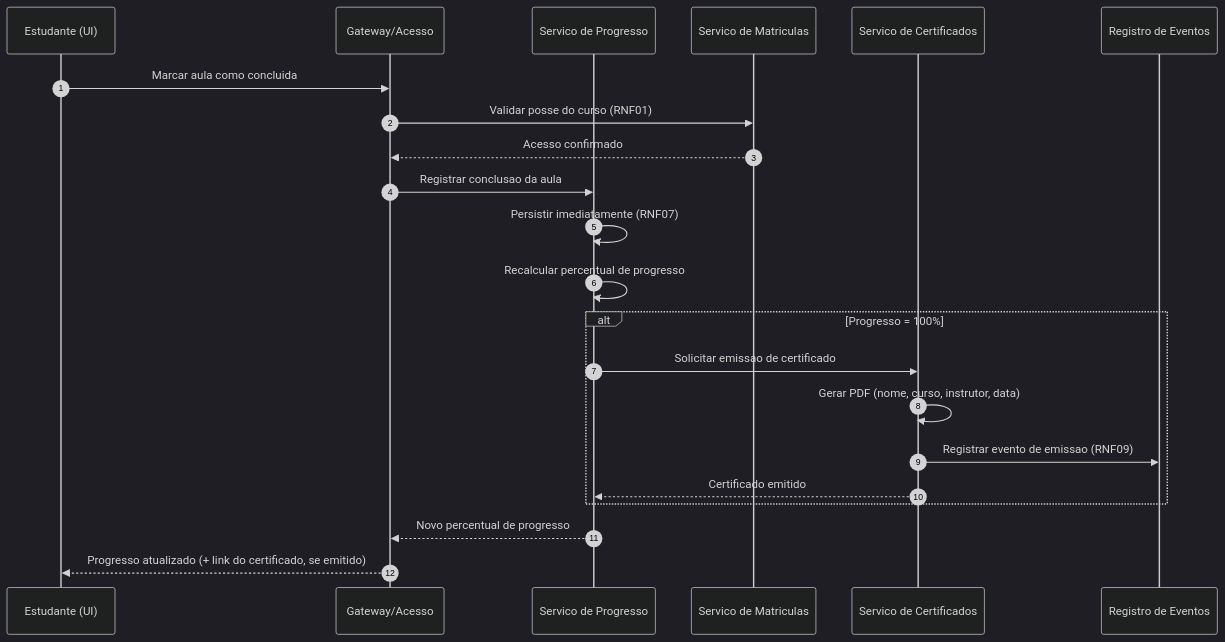
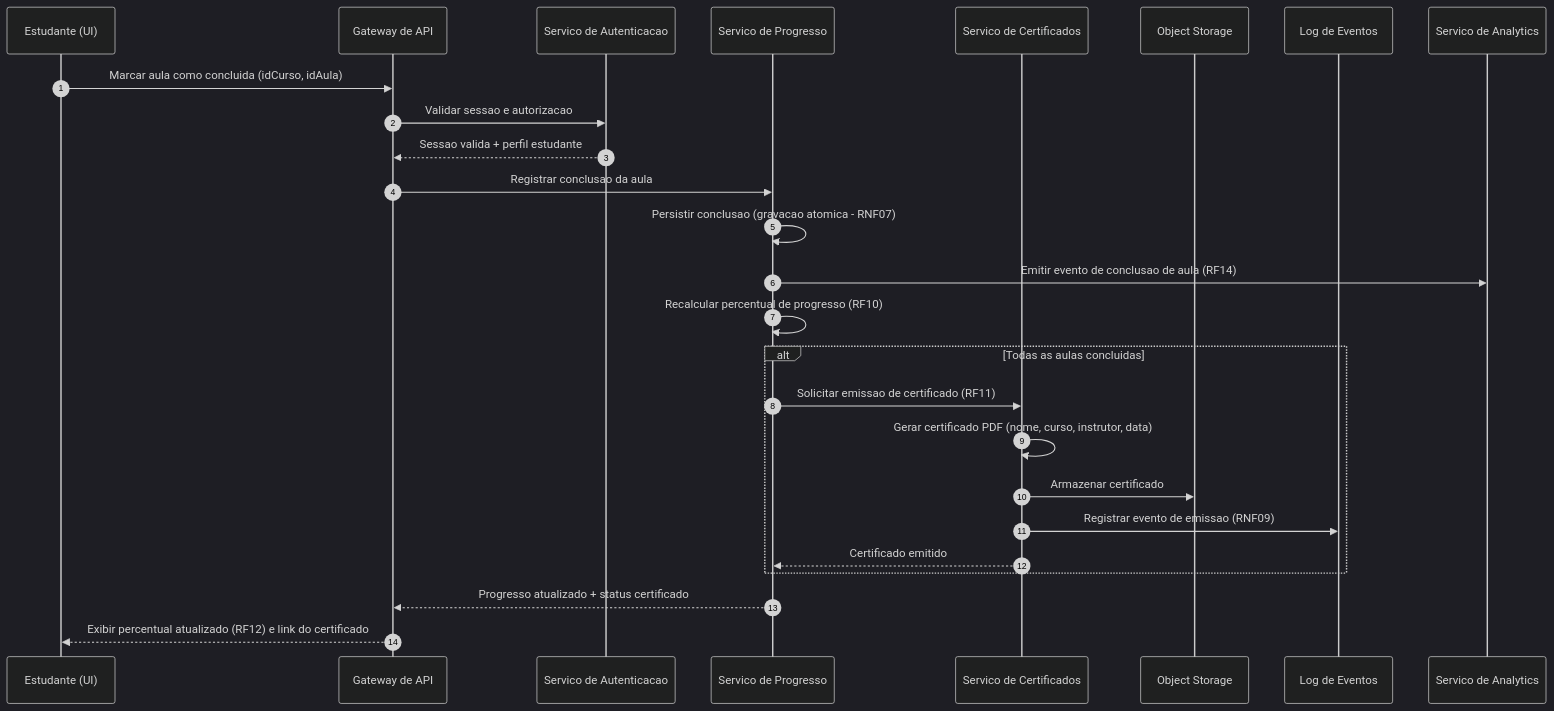
The second of 3 diagrams in docs/Time_2_Design/analise-qualitativa/outputs/relatorio_claude_fable_5_M01.md (PDC-ESIA/AI4ES), drawn with Mermaid (dark theme) before and after one commit. The commit also changed other lines of this file and 107 other files, not shown here.

````diff
--- a/docs/Time_2_Design/analise-qualitativa/outputs/relatorio_claude_fable_5_M01.md
+++ b/docs/Time_2_Design/analise-qualitativa/outputs/relatorio_claude_fable_5_M01.md
@@ -79,25 +77,29 @@
 ```mermaid
 sequenceDiagram
     autonumber
-    participant E as Estudante (UI)
-    participant GW as Gateway/Acesso
+    participant EST as Estudante (UI)
+    participant GW as Gateway de API
+    participant AUTH as Servico de Autenticacao
     participant PROG as Servico de Progresso
-    participant ENR as Servico de Matriculas
     participant CERT as Servico de Certificados
-    participant LOG as Registro de Eventos
+    participant OBJ as Object Storage
+    participant LOG as Log de Eventos
+    participant ANA as Servico de Analytics
 
-    E->>GW: Marcar aula como concluida
-    GW->>ENR: Validar posse do curso (RNF01)
-    ENR-->>GW: Acesso confirmado
+    EST->>GW: Marcar aula como concluida (idCurso, idAula)
+    GW->>AUTH: Validar sessao e autorizacao
+    AUTH-->>GW: Sessao valida + perfil estudante
     GW->>PROG: Registrar conclusao da aula
-    PROG->>PROG: Persistir imediatamente (RNF07)
-    PROG->>PROG: Recalcular percentual de progresso
-    alt Progresso = 100%
-        PROG->>CERT: Solicitar emissao de certificado
-        CERT->>CERT: Gerar PDF (nome, curso, instrutor, data)
+    PROG->>PROG: Persistir conclusao (gravacao atomica - RNF07)
+    PROG->>ANA: Emitir evento de conclusao de aula (RF14)
+    PROG->>PROG: Recalcular percentual de progresso (RF10)
+    alt Todas as aulas concluidas
+        PROG->>CERT: Solicitar emissao de certificado (RF11)
+        CERT->>CERT: Gerar certificado PDF (nome, curso, instrutor, data)
+        CERT->>OBJ: Armazenar certificado
         CERT->>LOG: Registrar evento de emissao (RNF09)
         CERT-->>PROG: Certificado emitido
     end
-    PROG-->>GW: Novo percentual de progresso
-    GW-->>E: Progresso atualizado (+ link do certificado, se emitido)
+    PROG-->>GW: Progresso atualizado + status certificado
+    GW-->>EST: Exibir percentual atualizado (RF12) e link do certificado
 ```
````
